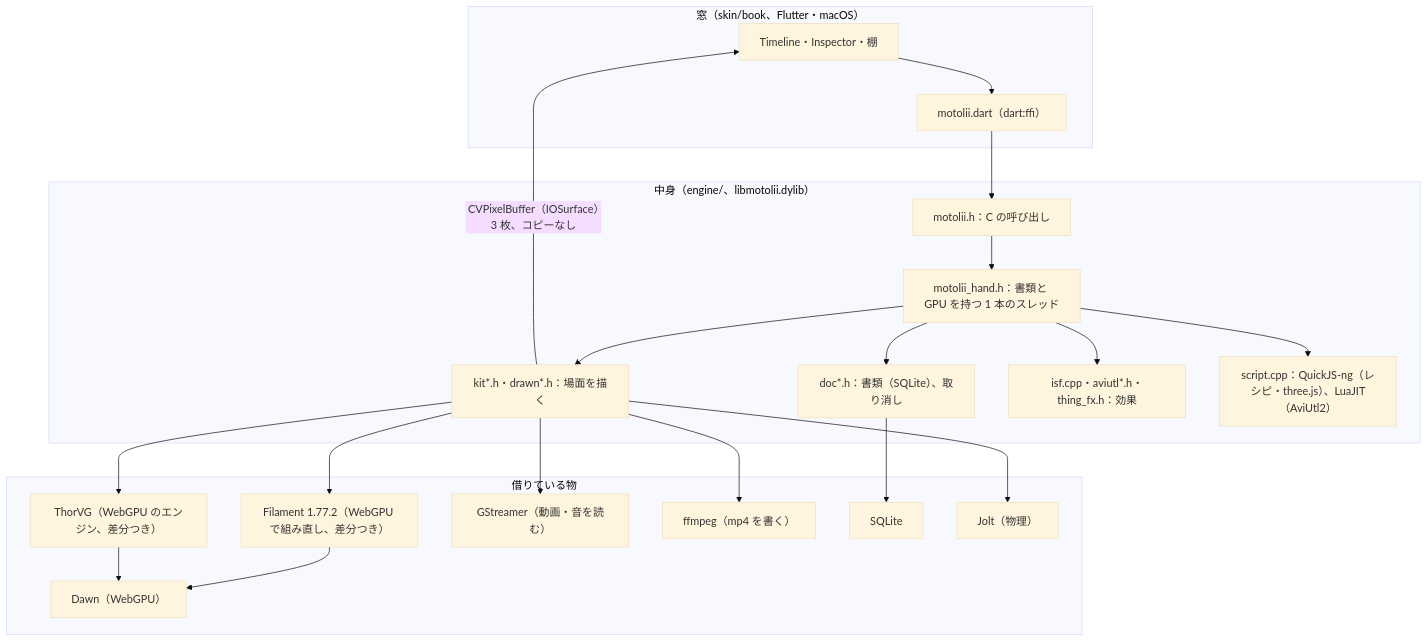
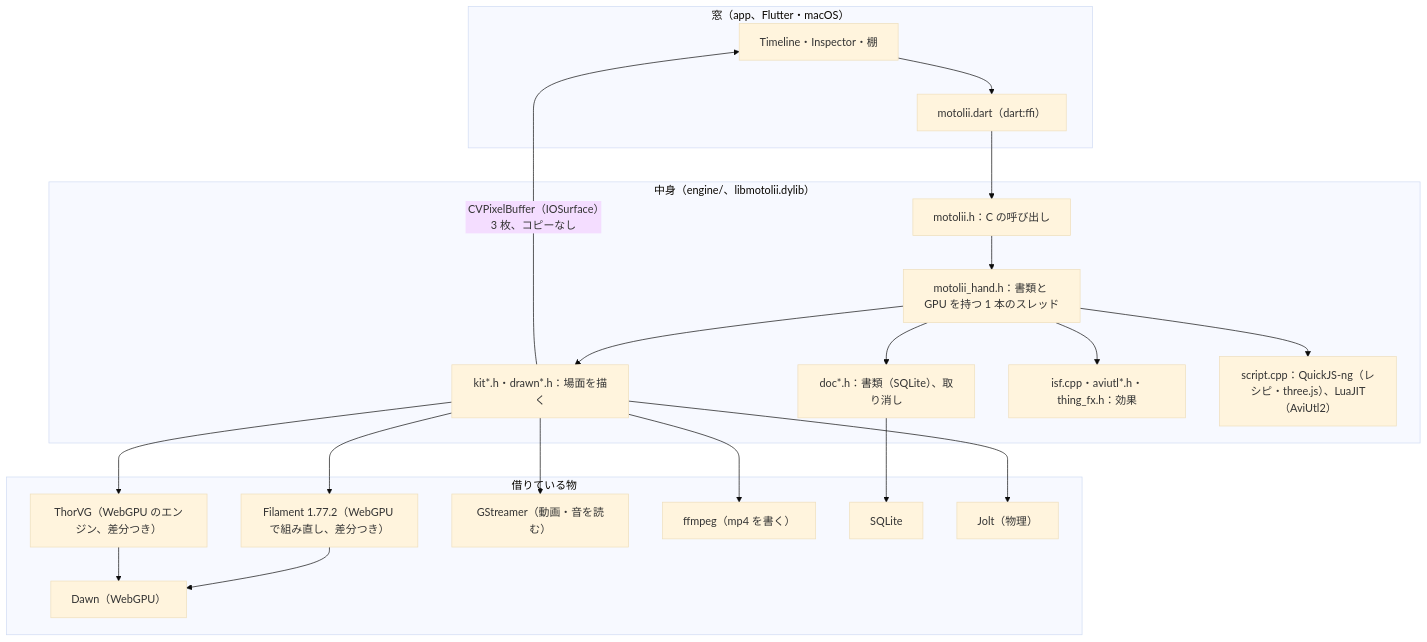
One commit to oshikaidesu/motolii changed the diagram in docs/ARCHITECTURE.md. Above: the diagram before and after it, drawn with Mermaid (base theme). The commit also changed other lines of this file and 727 other files, not shown here.

````diff
--- a/docs/ARCHITECTURE.md
+++ b/docs/ARCHITECTURE.md
@@ -7,34 +7,34 @@
 ```mermaid
 flowchart TB
-  subgraph Window["窓（skin/book、Flutter・macOS）"]
+  subgraph Window["窓（app、Flutter・macOS）"]
     UI["Timeline・Inspector・棚"]
     FFI["motolii.dart（dart:ffi）"]
   end
   subgraph Inside["中身（engine/、libmotolii.dylib）"]
     API["motolii.h：C の呼び出し"]
     Hand["motolii_hand.h：書類と GPU を持つ 1 本のスレッド"]
     Doc["doc*.h：書類（SQLite）、取り消し"]
     Kit["kit*.h・drawn*.h：場面を描く"]
     FX["isf.cpp・aviutl*.h・thing_fx.h：効果"]
     Script["script.cpp：QuickJS-ng（レシピ・three.js）、LuaJIT（AviUtl2）"]
   end
   subgraph Libs["借りている物"]
     Filament["Filament 1.77.2（WebGPU で組み直し、差分つき）"]
     ThorVG["ThorVG（WebGPU のエンジン、差分つき）"]
     Dawn["Dawn（WebGPU）"]
     Gst["GStreamer（動画・音を読む）"]
     FF["ffmpeg（mp4 を書く）"]
     SQLite["SQLite"]
     Jolt["Jolt（物理）"]
   end
   UI --> FFI --> API --> Hand
   Hand --> Doc --> SQLite
   Hand --> Kit --> Filament --> Dawn
   Kit --> ThorVG --> Dawn
   Hand --> FX
   Hand --> Script
   Kit --> Gst
   Kit --> FF
   Kit --> Jolt
   Kit -- "CVPixelBuffer（IOSurface）3 枚、コピーなし" --> UI
 ```
````
